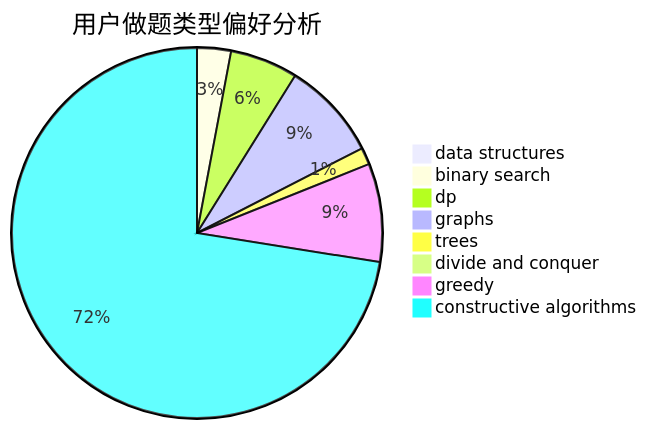
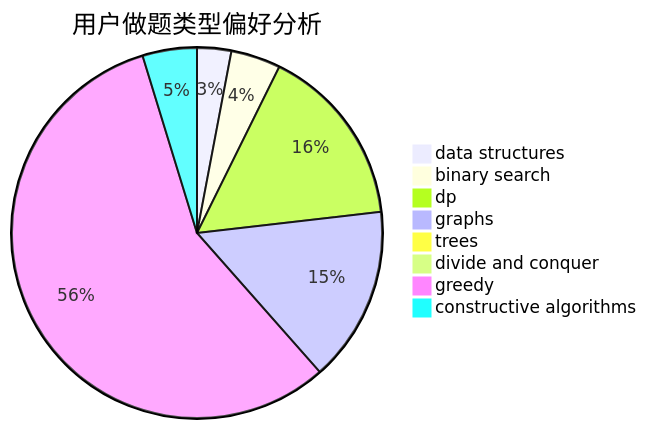
One commit to sherpahu/cfrs.github.io changed the second of 3 diagrams in docs/user/u494.md. Above: the diagram before and after it, drawn with Mermaid. The commit also changed other lines of this file and 2770 other files, not shown here.

````diff
--- a/docs/user/u494.md
+++ b/docs/user/u494.md
@@ -23,11 +23,11 @@
 ```mermaid
 pie title 用户做题类型偏好分析
-    "data structures" :  0
-    "binary search" :  10
-    "dp" :  20
-    "graphs" :  29
-    "trees" :  5
-    "divide and conquer" :  1
-    "greedy" :  29
-    "constructive algorithms" :  245
+    "data structures" :  22
+    "binary search" :  32
+    "dp" :  117
+    "graphs" :  113
+    "trees" :  4
+    "divide and conquer" :  0
+    "greedy" :  419
+    "constructive algorithms" :  35
 ```
````
